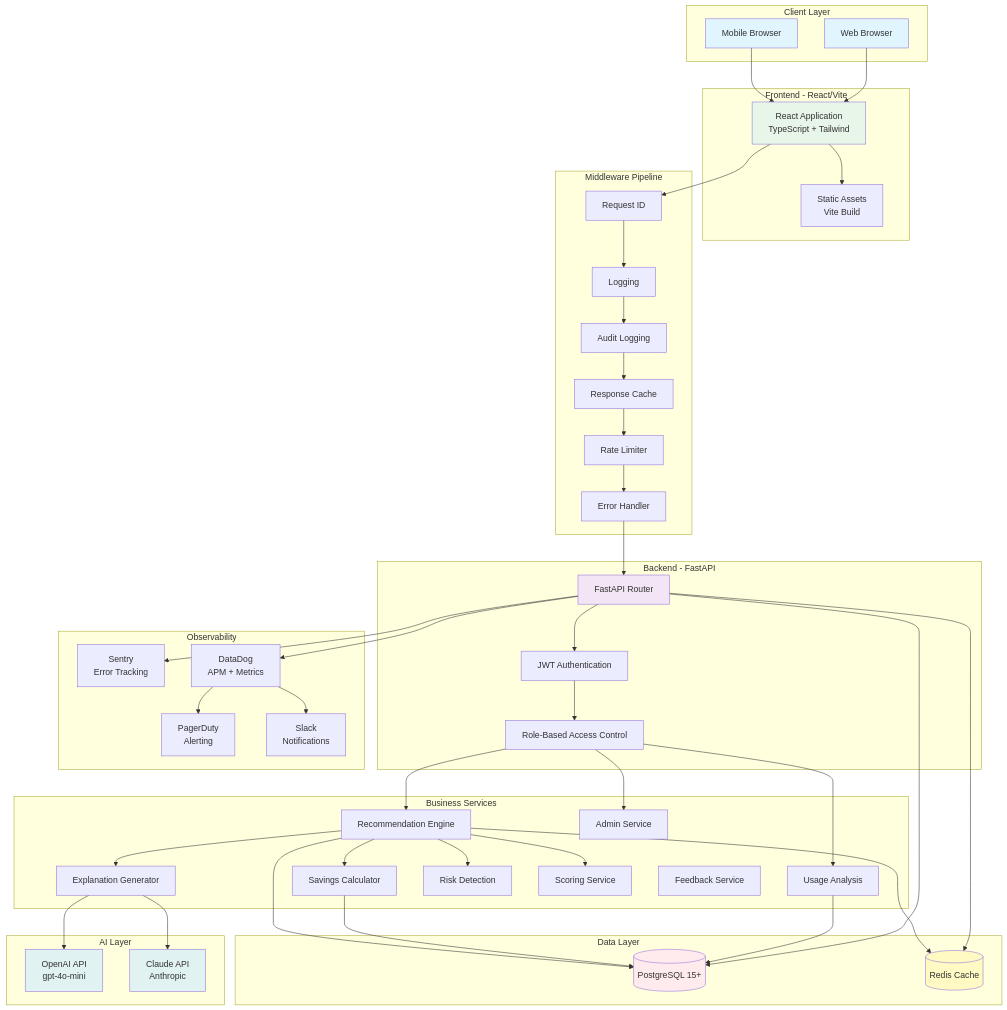
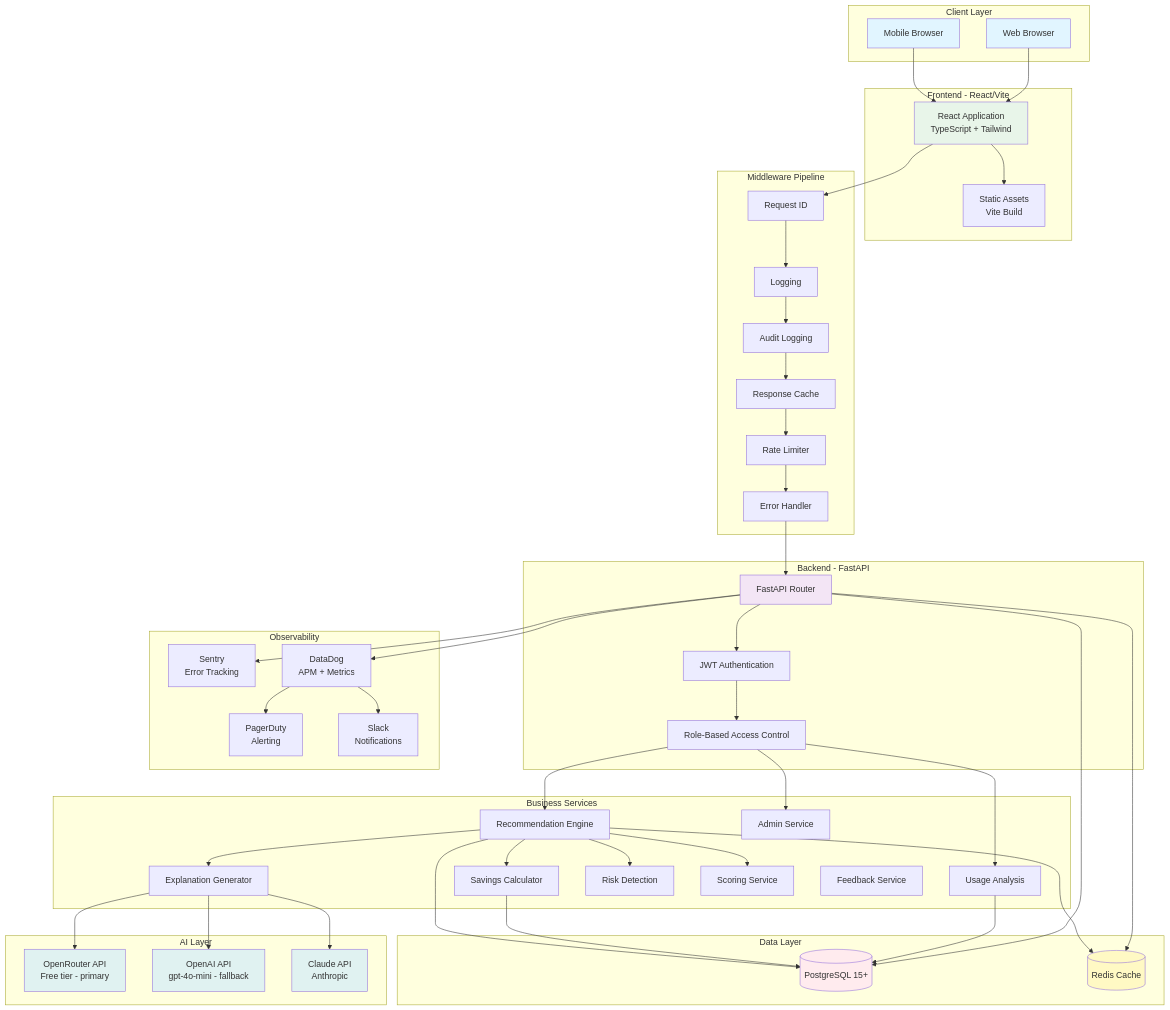
Before and after one commit to Rhoahndur/Treebeard: the first of 11 diagrams in architecture.md, drawn with Mermaid. The commit also changed other lines of this file, not shown here.

Commit message:
update architecture doc

````diff
--- a/architecture.md
+++ b/architecture.md
@@ -41,7 +41,8 @@
     end
 
     subgraph "AI Layer"
-        OPENAI[OpenAI API<br/>gpt-4o-mini]
+        OPENROUTER[OpenRouter API<br/>Free tier - primary]
+        OPENAI[OpenAI API<br/>gpt-4o-mini - fallback]
         CLAUDE[Claude API<br/>Anthropic]
     end
 
@@ -80,6 +81,7 @@
     RECOMMEND --> RISK
     RECOMMEND --> EXPLAIN
 
+    EXPLAIN --> OPENROUTER
     EXPLAIN --> OPENAI
     EXPLAIN --> CLAUDE
 
@@ -101,6 +103,7 @@
     style API fill:#f3e5f5
     style POSTGRES fill:#ffebee
     style REDIS fill:#fff9c4
+    style OPENROUTER fill:#e0f2f1
     style OPENAI fill:#e0f2f1
     style CLAUDE fill:#e0f2f1
 ```
````
